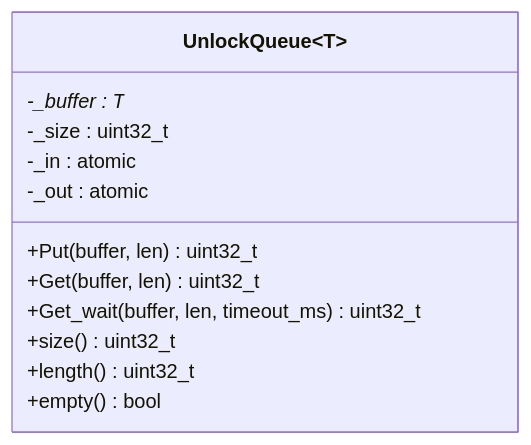
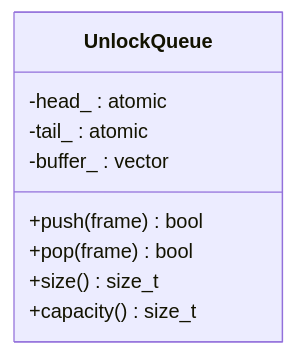
The fourth of 6 diagrams in .qoder/repowiki/zh/content/网络数据链路与解析/数据接收与帧重组.md (Lukad77/awr1843-radar-toolkit), drawn with Mermaid before and after one commit. The commit also changed other lines of this file and 106 other files, not shown here.

````diff
--- a/.qoder/repowiki/zh/content/网络数据链路与解析/数据接收与帧重组.md
+++ b/.qoder/repowiki/zh/content/网络数据链路与解析/数据接收与帧重组.md
@@ -183,15 +166,12 @@
 ```mermaid
 classDiagram
-class UnlockQueue~T~ {
-+Put(buffer, len) uint32_t
-+Get(buffer, len) uint32_t
-+Get_wait(buffer, len, timeout_ms) uint32_t
-+size() uint32_t
-+length() uint32_t
-+empty() bool
--_buffer : T*
--_size : uint32_t
--_in : atomic<uint32_t>
--_out : atomic<uint32_t>
+class UnlockQueue {
++push(frame) bool
++pop(frame) bool
++size() size_t
++capacity() size_t
+-head_ : atomic<size_t>
+-tail_ : atomic<size_t>
+-buffer_ : vector<uint8_t>
 }
 ```
````
